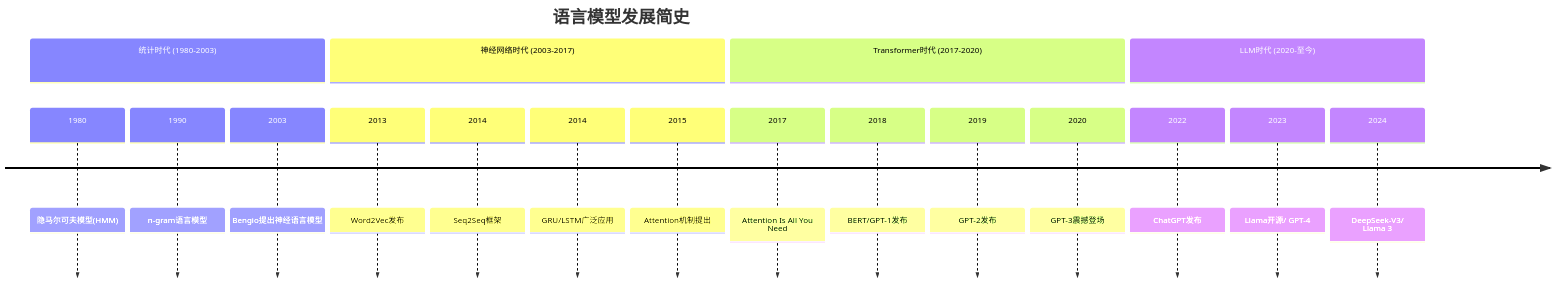
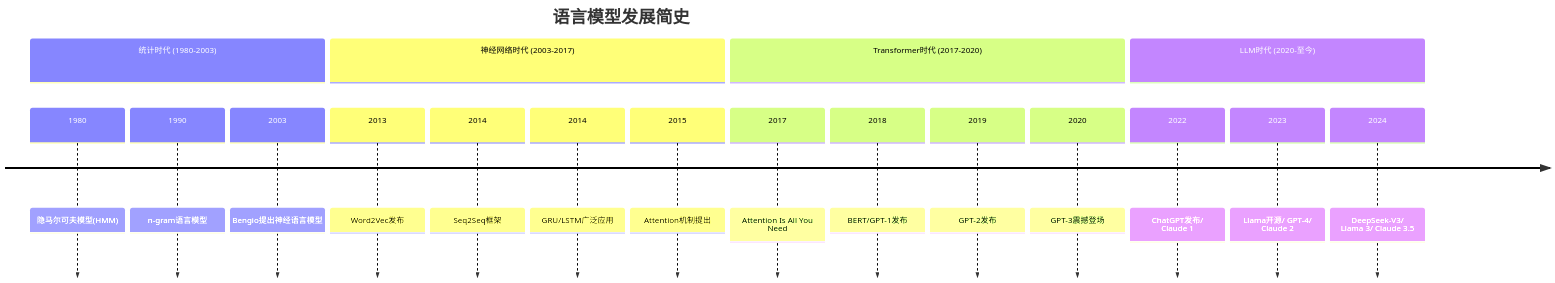
One commit to kyksj-1/LLM-from-0 changed the first of 18 diagrams in 00_overview/README.md. Above: the diagram before and after it, drawn with Mermaid. The commit also changed other lines of this file and 2 other files, not shown here.

````diff
--- a/00_overview/README.md
+++ b/00_overview/README.md
@@ -25,22 +27,22 @@
 ```mermaid
 timeline
     title 语言模型发展简史
     section 统计时代 (1980-2003)
         1980 : 隐马尔可夫模型(HMM)
         1990 : n-gram语言模型
         2003 : Bengio提出神经语言模型
     section 神经网络时代 (2003-2017)
         2013 : Word2Vec发布
         2014 : Seq2Seq框架
         2014 : GRU/LSTM广泛应用
         2015 : Attention机制提出
     section Transformer时代 (2017-2020)
         2017 : Attention Is All You Need
         2018 : BERT/GPT-1发布
         2019 : GPT-2发布
         2020 : GPT-3震撼登场
     section LLM时代 (2020-至今)
-        2022 : ChatGPT发布
-        2023 : Llama开源/ GPT-4
-        2024 : DeepSeek-V3/ Llama 3
+        2022 : ChatGPT发布/ Claude 1
+        2023 : Llama开源/ GPT-4/ Claude 2
+        2024 : DeepSeek-V3/ Llama 3/ Claude 3.5
 ```
````
